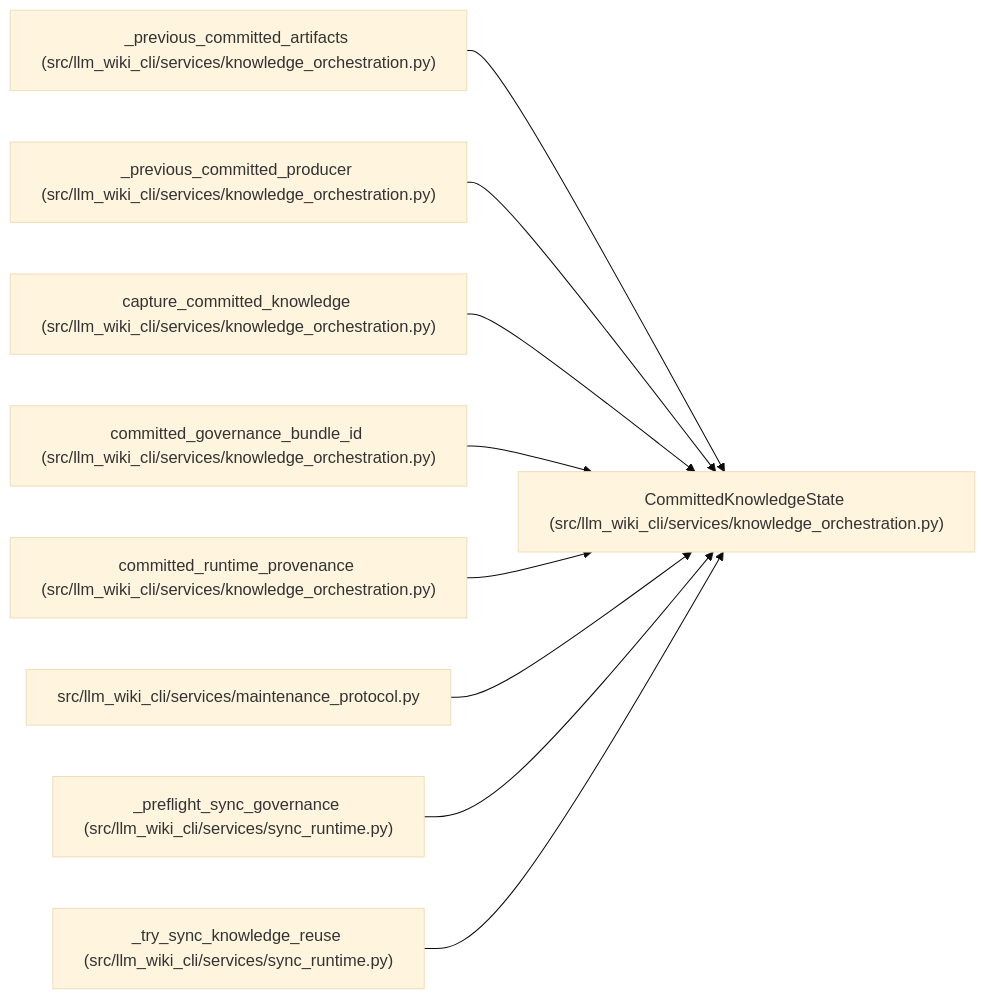
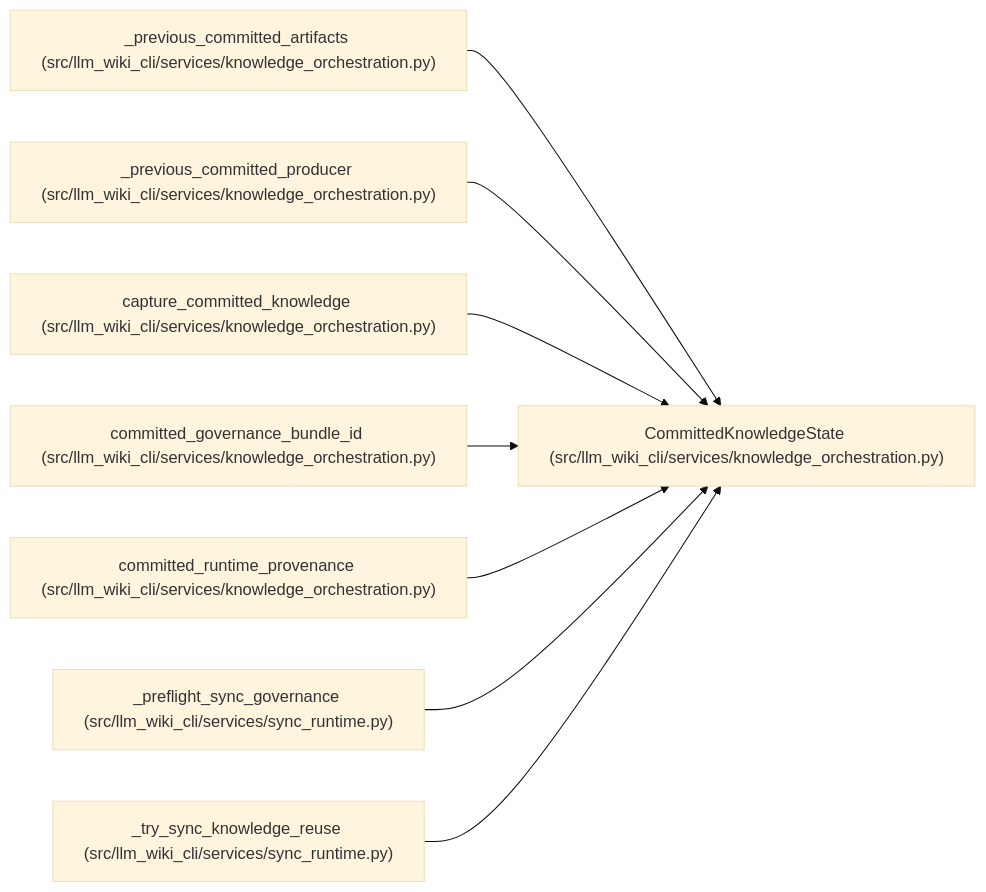
Before and after one commit to Denissvgn/python-wiki-llm: the diagram in docs/llm_wiki/entities/CommittedKnowledgeState.md, drawn with Mermaid (base theme). The commit also changed other lines of this file and 1058 other files, not shown here.

First line of the commit message:
docs: refresh the wiki for the knowledge store move

````diff
--- a/docs/llm_wiki/entities/CommittedKnowledgeState.md
+++ b/docs/llm_wiki/entities/CommittedKnowledgeState.md
@@ -33,29 +33,26 @@
 ```mermaid
 flowchart LR
     n0["CommittedKnowledgeState (src/llm_wiki_cli/services/knowledge_orchestration.py)"]
     n1["_previous_committed_artifacts (src/llm_wiki_cli/services/knowledge_orchestration.py)"]
     n2["_previous_committed_producer (src/llm_wiki_cli/services/knowledge_orchestration.py)"]
     n3["capture_committed_knowledge (src/llm_wiki_cli/services/knowledge_orchestration.py)"]
     n4["committed_governance_bundle_id (src/llm_wiki_cli/services/knowledge_orchestration.py)"]
     n5["committed_runtime_provenance (src/llm_wiki_cli/services/knowledge_orchestration.py)"]
-    n6["src/llm_wiki_cli/services/maintenance_protocol.py"]
-    n7["_preflight_sync_governance (src/llm_wiki_cli/services/sync_runtime.py)"]
-    n8["_try_sync_knowledge_reuse (src/llm_wiki_cli/services/sync_runtime.py)"]
+    n6["_preflight_sync_governance (src/llm_wiki_cli/services/sync_runtime.py)"]
+    n7["_try_sync_knowledge_reuse (src/llm_wiki_cli/services/sync_runtime.py)"]
     n1 --> n0
     n2 --> n0
     n3 --> n0
     n4 --> n0
     n5 --> n0
     n6 --> n0
     n7 --> n0
-    n8 --> n0
     click n0 "../modules/knowledge_orchestration.md"
     click n1 "../modules/knowledge_orchestration.md"
     click n2 "../modules/knowledge_orchestration.md"
     click n3 "../modules/knowledge_orchestration.md"
     click n4 "../modules/knowledge_orchestration.md"
     click n5 "../modules/knowledge_orchestration.md"
-    click n6 "../modules/maintenance_protocol.md"
+    click n6 "../modules/sync_runtime.md"
     click n7 "../modules/sync_runtime.md"
-    click n8 "../modules/sync_runtime.md"
 ```
````
